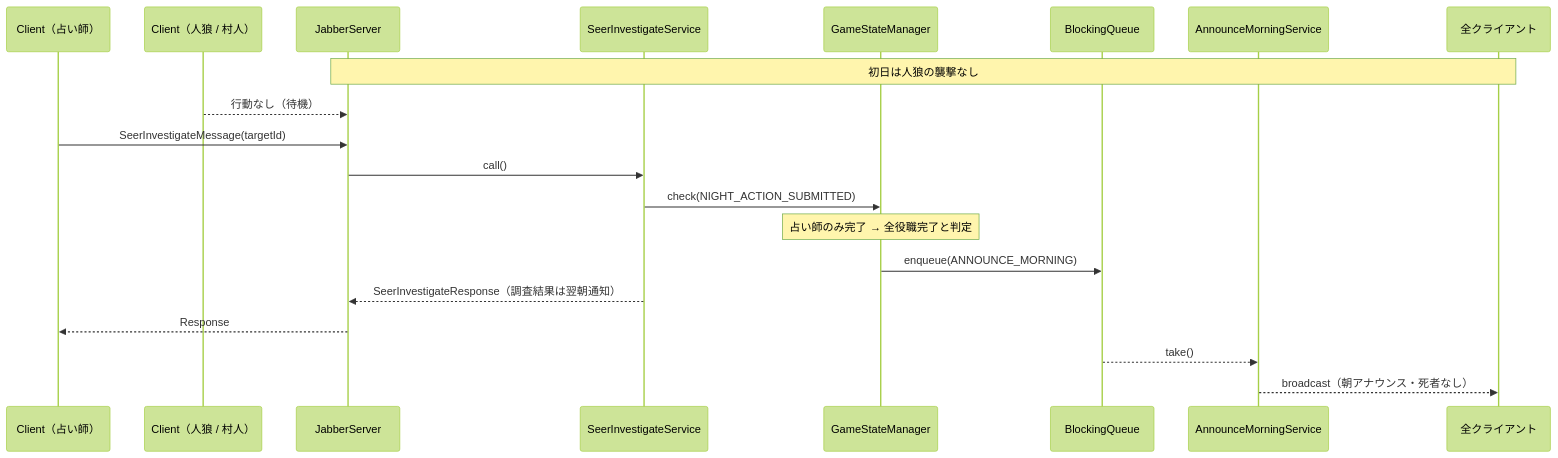
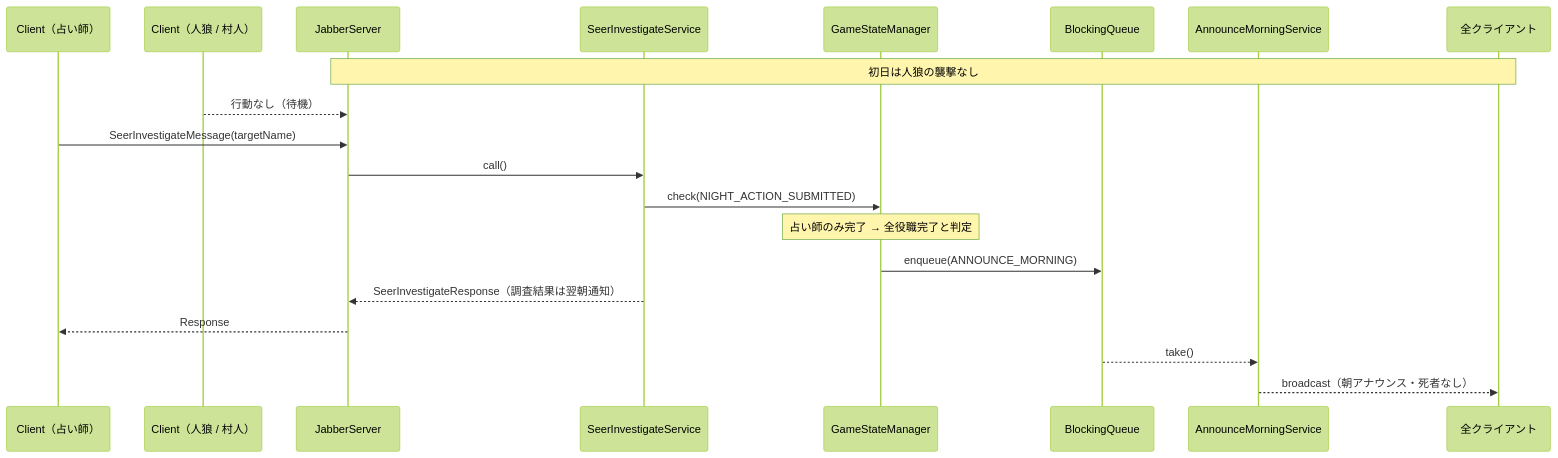
Before and after one commit to doguto/waseda-soft-exp: the fourth of 8 diagrams in docs/game_flow.md, drawn with Mermaid (forest theme). The commit also changed other lines of this file and 99 other files, not shown here.

````diff
--- a/docs/game_flow.md
+++ b/docs/game_flow.md
@@ -130,25 +130,25 @@
 ```mermaid
 sequenceDiagram
     participant Seer  as Client（占い師）
     participant Other as Client（人狼 / 村人）
     participant J     as JabberServer
     participant SI    as SeerInvestigateService
     participant GSM   as GameStateManager
     participant Q     as BlockingQueue
     participant AM    as AnnounceMorningService
     participant All   as 全クライアント
 
     Note over J,All: 初日は人狼の襲撃なし
     Other-->>J: 行動なし（待機）
 
-    Seer->>J: SeerInvestigateMessage(targetId)
+    Seer->>J: SeerInvestigateMessage(targetName)
     J->>SI: call()
     SI->>GSM: check(NIGHT_ACTION_SUBMITTED)
     Note over GSM: 占い師のみ完了 → 全役職完了と判定
     GSM->>Q: enqueue(ANNOUNCE_MORNING)
     SI-->>J: SeerInvestigateResponse（調査結果は翌朝通知）
     J-->>Seer: Response
 
     Q-->>AM: take()
     AM-->>All: broadcast（朝アナウンス・死者なし）
 ```
````
